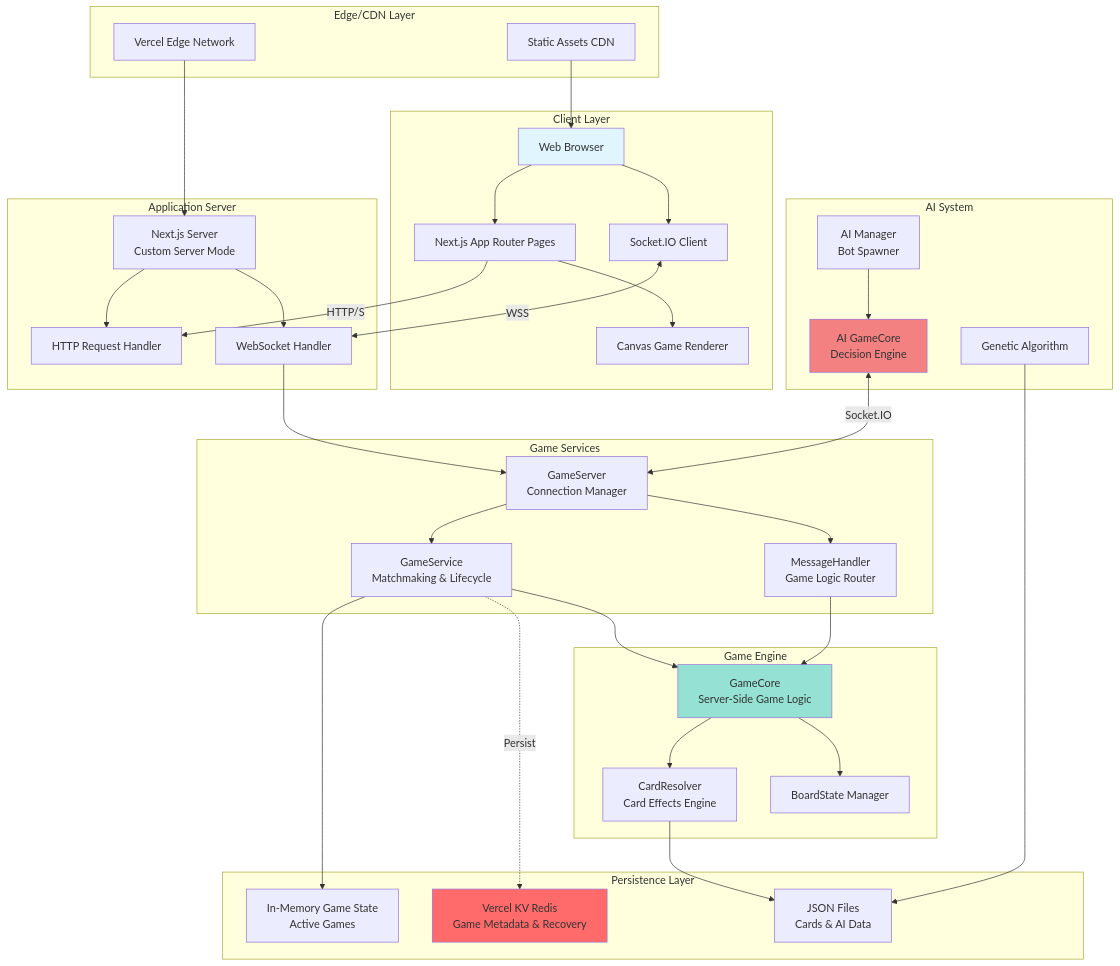
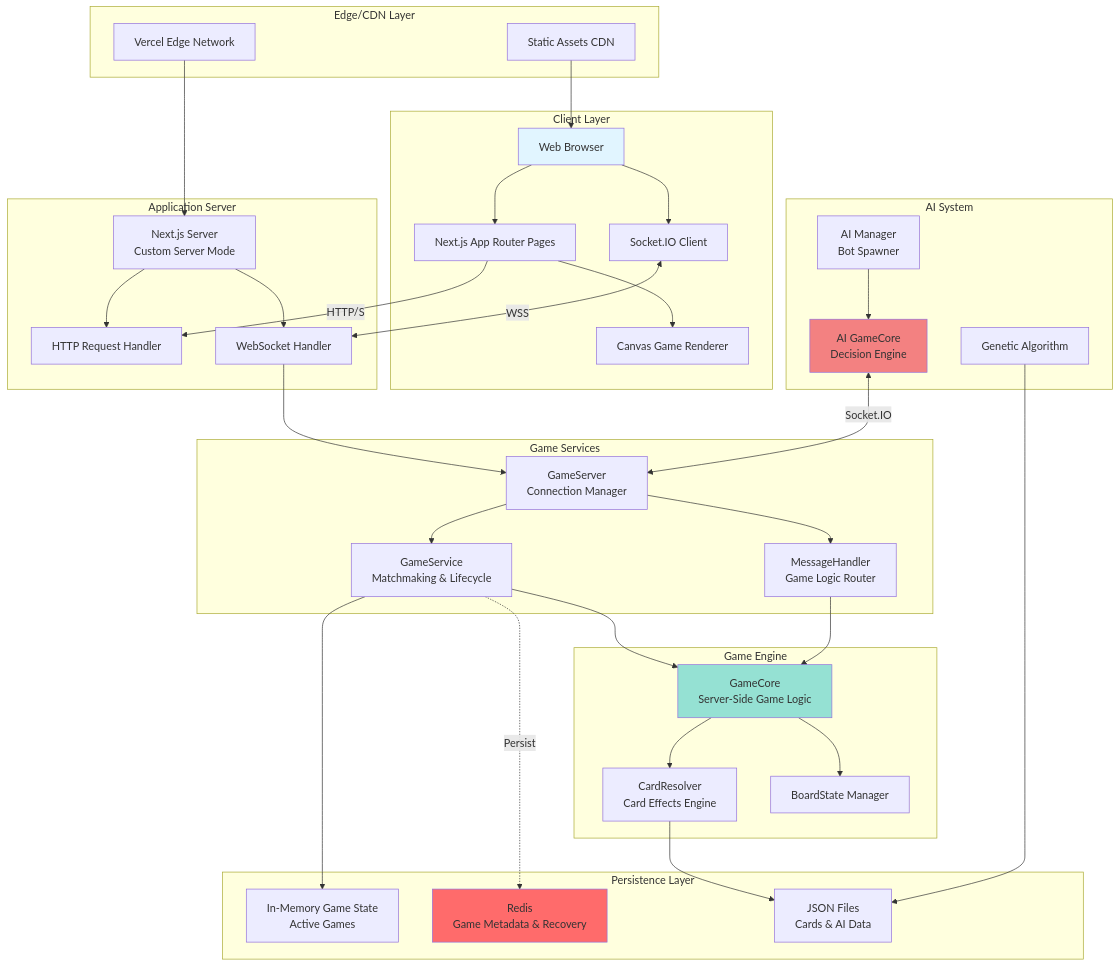
The first of 8 diagrams in ARCHITECTURE.md (mcclowes/knights-and-crosses), drawn with Mermaid before and after one commit. The commit also changed other lines of this file and 6 other files, not shown here.

First line of the commit message:
Align docs with current Redis integration, drop stale @vercel/kv

````diff
--- a/ARCHITECTURE.md
+++ b/ARCHITECTURE.md
@@ -40,78 +40,78 @@
 ```mermaid
 graph TB
     subgraph "Client Layer"
         Browser[Web Browser]
         UI[Next.js App Router Pages]
         Canvas[Canvas Game Renderer]
         SocketClient[Socket.IO Client]
     end
 
     subgraph "Edge/CDN Layer"
         Vercel[Vercel Edge Network]
         Static[Static Assets CDN]
     end
 
     subgraph "Application Server"
         NextServer[Next.js Server<br/>Custom Server Mode]
         HTTPHandler[HTTP Request Handler]
         WSHandler[WebSocket Handler]
     end
 
     subgraph "Game Services"
         GameServer[GameServer<br/>Connection Manager]
         GameService[GameService<br/>Matchmaking & Lifecycle]
         MessageHandler[MessageHandler<br/>Game Logic Router]
     end
 
     subgraph "Game Engine"
         GameCore[GameCore<br/>Server-Side Game Logic]
         CardResolver[CardResolver<br/>Card Effects Engine]
         BoardState[BoardState Manager]
     end
 
     subgraph "Persistence Layer"
         MemoryCache[In-Memory Game State<br/>Active Games]
-        Redis[Vercel KV Redis<br/>Game Metadata & Recovery]
+        Redis[Redis<br/>Game Metadata & Recovery]
         FileSystem[JSON Files<br/>Cards & AI Data]
     end
 
     subgraph "AI System"
         AIManager[AI Manager<br/>Bot Spawner]
         AICore[AI GameCore<br/>Decision Engine]
         Evolution[Genetic Algorithm]
     end
 
     Browser --> UI
     UI --> Canvas
     Browser --> SocketClient
     SocketClient <-->|WSS| WSHandler
     UI -->|HTTP/S| HTTPHandler
 
     Vercel --> NextServer
     Static --> Browser
 
     NextServer --> HTTPHandler
     NextServer --> WSHandler
 
     WSHandler --> GameServer
     GameServer --> GameService
     GameServer --> MessageHandler
 
     GameService --> GameCore
     MessageHandler --> GameCore
     GameCore --> CardResolver
     GameCore --> BoardState
 
     GameService --> MemoryCache
     GameService -.->|Persist| Redis
     CardResolver --> FileSystem
 
     AIManager --> AICore
     AICore <-->|Socket.IO| GameServer
     Evolution --> FileSystem
 
     style Browser fill:#e1f5ff
     style Redis fill:#ff6b6b
     style GameCore fill:#95e1d3
     style AICore fill:#f38181
 ```
````
